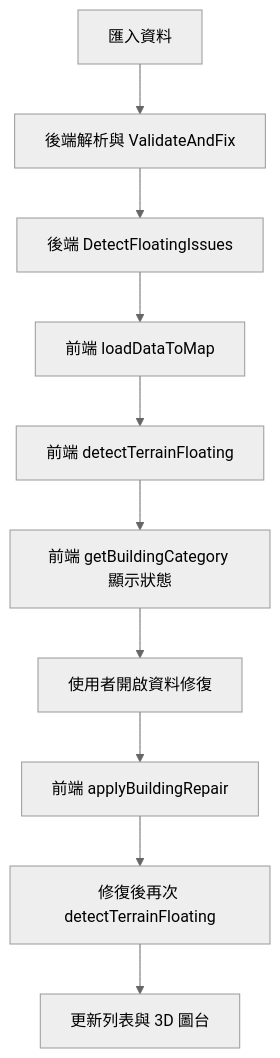
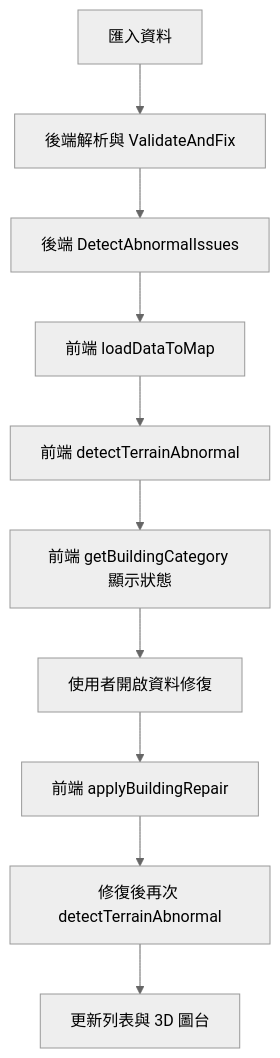
Before and after one commit to JerryShiao/Demo_3dDatasCheck_VueTsAspNetCore10: the diagram in docs/data-status-and-repair.md, drawn with Mermaid (neutral theme). The commit also changed other lines of this file and 10 other files, not shown here.

````diff
--- a/docs/data-status-and-repair.md
+++ b/docs/data-status-and-repair.md
@@ -125,12 +125,12 @@
 ```mermaid
 flowchart TD
     importData[匯入資料] --> backendParse[後端解析與 ValidateAndFix]
-    backendParse --> backendDetect[後端 DetectFloatingIssues]
+    backendParse --> backendDetect[後端 DetectAbnormalIssues]
     backendDetect --> clientLoad[前端 loadDataToMap]
-    clientLoad --> terrainDetect[前端 detectTerrainFloating]
+    clientLoad --> terrainDetect[前端 detectTerrainAbnormal]
     terrainDetect --> uiCategory[前端 getBuildingCategory 顯示狀態]
     uiCategory --> repairDialog[使用者開啟資料修復]
     repairDialog --> applyRepair[前端 applyBuildingRepair]
-    applyRepair --> terrainRecheck[修復後再次 detectTerrainFloating]
+    applyRepair --> terrainRecheck[修復後再次 detectTerrainAbnormal]
     terrainRecheck --> rerender[更新列表與 3D 圖台]
 ```
````
